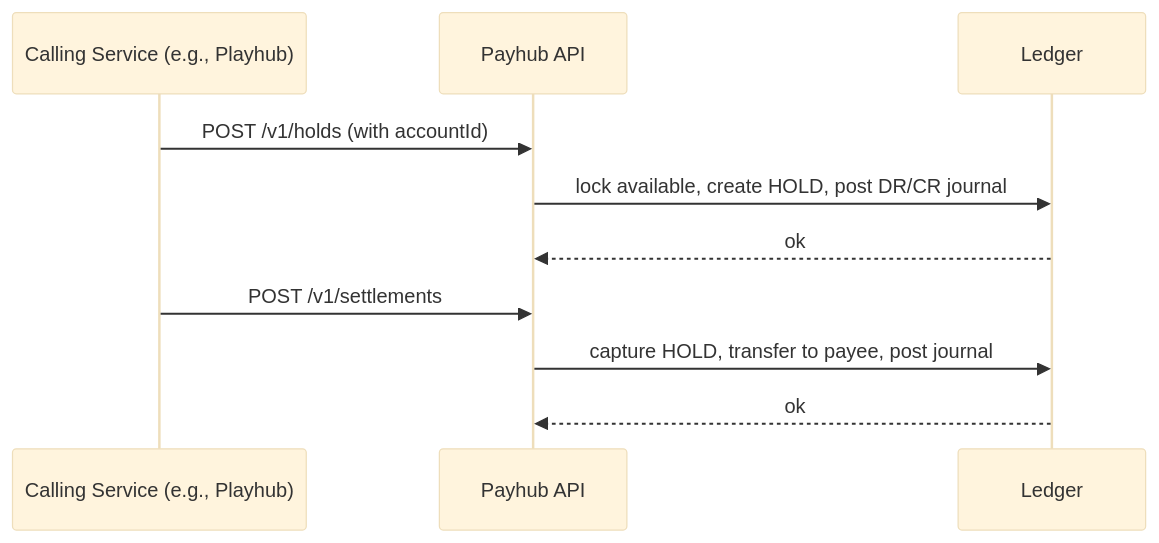
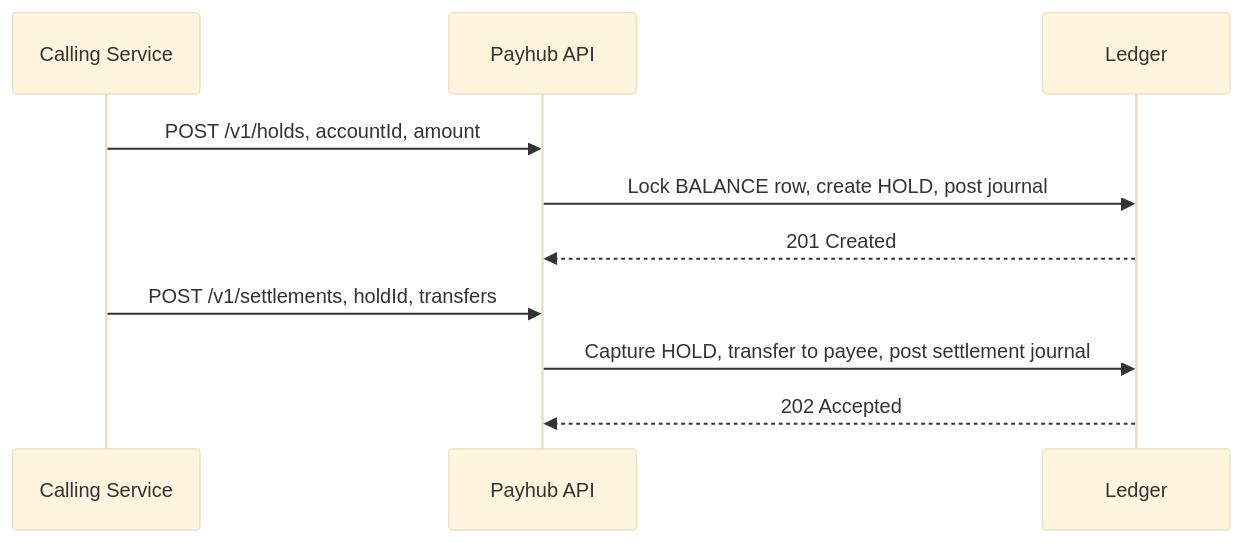
The third of 6 diagrams in SystemDesign.md (bkkac/tg-miniapp-payhub-service), drawn with Mermaid (base theme) before and after one commit. The commit also changed other lines of this file, not shown here.

````diff
--- a/SystemDesign.md
+++ b/SystemDesign.md
@@ -1217,12 +466,12 @@
 ```mermaid
 sequenceDiagram
-  participant SVC as Calling Service (e.g., Playhub)
+  participant SVC as Calling Service
   participant PH as Payhub API
   participant DB as Ledger
-  SVC->>PH: POST /v1/holds (with accountId)
-  PH->>DB: lock available, create HOLD, post DR/CR journal
-  DB-->>PH: ok
-  SVC->>PH: POST /v1/settlements
-  PH->>DB: capture HOLD, transfer to payee, post journal
-  DB-->>PH: ok
+  SVC->>PH: POST /v1/holds, accountId, amount
+  PH->>DB: Lock BALANCE row, create HOLD, post journal
+  DB-->>PH: 201 Created
+  SVC->>PH: POST /v1/settlements, holdId, transfers
+  PH->>DB: Capture HOLD, transfer to payee, post settlement journal
+  DB-->>PH: 202 Accepted
 ```
````
